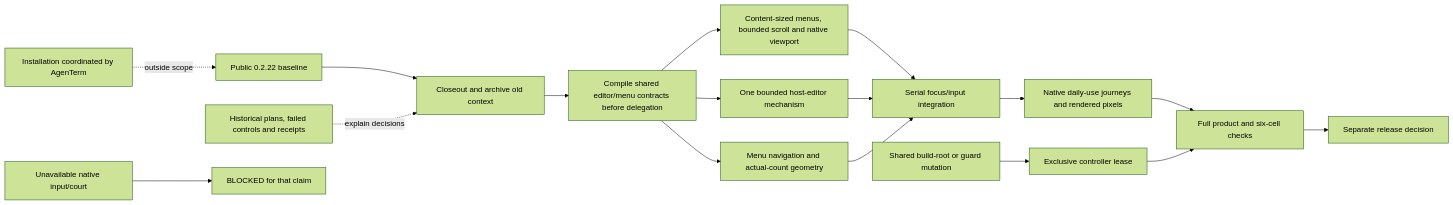
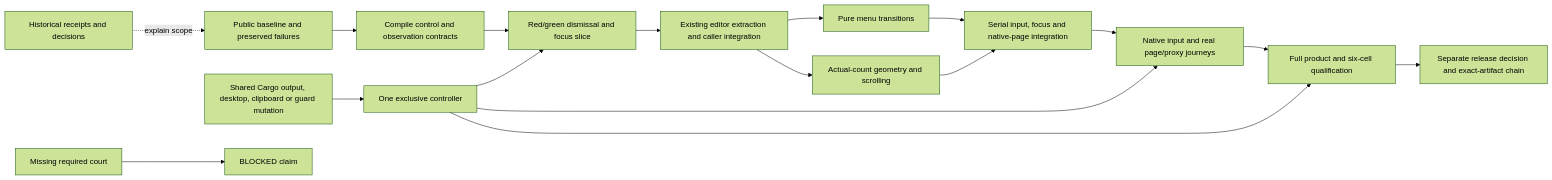
The diagram in plan/plan-v0.2.23.md (partnernetsoftware/minicon), drawn with Mermaid (forest theme) before and after one commit. The commit also changed other lines of this file and 2 other files, not shown here.

Commit message:
Refine v0.2.23 control contracts and delivery plan

````diff
--- a/plan/plan-v0.2.23.md
+++ b/plan/plan-v0.2.23.md
@@ -53,19 +61,19 @@
 ```mermaid
 flowchart LR
-    B[Public 0.2.22 baseline] --> H[Closeout and archive old context]
-    H --> C[Compile shared editor/menu contracts before delegation]
-    C --> E[One bounded host-editor mechanism]
-    C --> M[Menu navigation and actual-count geometry]
-    C --> L[Content-sized menus, bounded scroll and native viewport]
+    B[Public baseline and preserved failures] --> C[Compile control and observation contracts]
+    C --> D[Red/green dismissal and focus slice]
+    D --> E[Existing editor extraction and caller integration]
+    E --> M[Pure menu transitions]
+    E --> L[Actual-count geometry and scrolling]
+    M --> I[Serial input, focus and native-page integration]
     L --> I
-    E --> I[Serial focus/input integration]
-    M --> I
-    I --> N[Native daily-use journeys and rendered pixels]
-    N --> Q[Full product and six-cell checks]
-    Q --> D[Separate release decision]
-    A[Historical plans, failed controls and receipts] -. explain decisions .-> H
-    G[Shared build-root or guard mutation] --> O[Exclusive controller lease]
+    I --> N[Native input and real page/proxy journeys]
+    N --> Q[Full product and six-cell qualification]
+    Q --> R[Separate release decision and exact-artifact chain]
+    S[Shared Cargo output, desktop, clipboard or guard mutation] --> O[One exclusive controller]
+    O --> D
+    O --> N
     O --> Q
-    X[Unavailable native input/court] --> K[BLOCKED for that claim]
-    R[Installation coordinated by AgenTerm] -. outside scope .-> B
+    X[Missing required court] --> K[BLOCKED claim]
+    H[Historical receipts and decisions] -. explain scope .-> B
 ```
````
